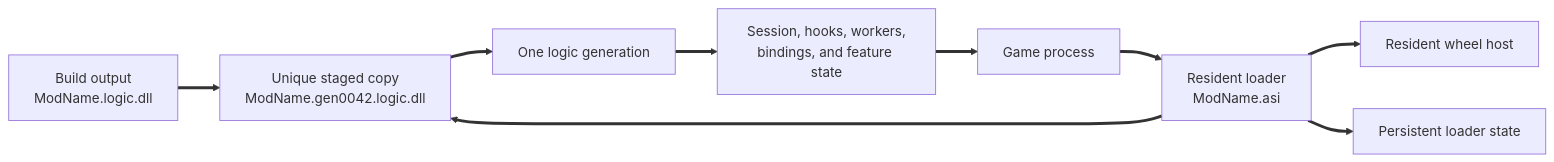
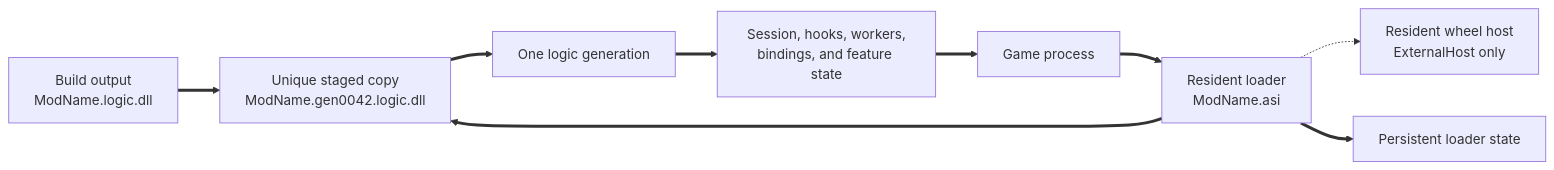
Before and after one commit to tkhquang/DetourModKit: the first of 2 diagrams in docs/guides/hot-reload/README.md, drawn with Mermaid. The commit also changed other lines of this file and 9 other files, not shown here.

````diff
--- a/docs/guides/hot-reload/README.md
+++ b/docs/guides/hot-reload/README.md
@@ -20,11 +29,11 @@
 ```mermaid
 flowchart LR
     Build["Build output<br/>ModName.logic.dll"] ==> Stage["Unique staged copy<br/>ModName.gen0042.logic.dll"]
     Game["Game process"] ==> Loader["Resident loader<br/>ModName.asi"]
-    Loader ==> Host["Resident wheel host"]
+    Loader -.-> Host["Resident wheel host<br/>ExternalHost only"]
     Loader ==> State["Persistent loader state"]
     Loader ==> Stage
     Stage ==> Logic["One logic generation"]
     Logic ==> Session["Session, hooks, workers,<br/>bindings, and feature state"]
     Session ==> Game
 ```
````
